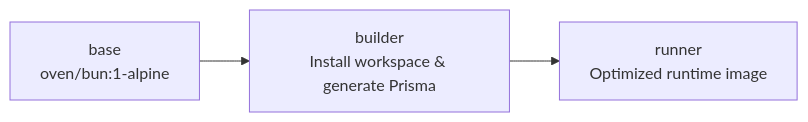
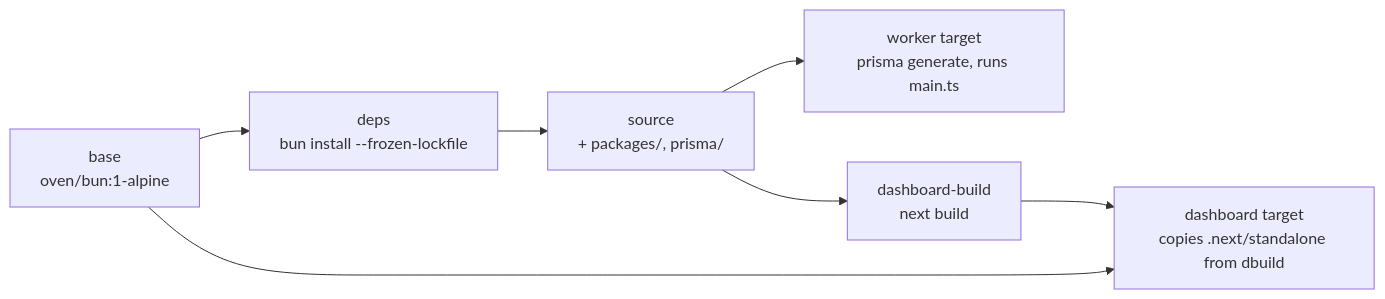
Before and after one commit to lumi-devs/Lumi: the second of 2 diagrams in deploy/docker/README.md, drawn with Mermaid. The commit also changed other lines of this file and 3 other files, not shown here.

````diff
--- a/deploy/docker/README.md
+++ b/deploy/docker/README.md
@@ -97,5 +98,9 @@
 ```mermaid
 graph LR
-    base[base<br/>oven/bun:1-alpine] --> builder[builder<br/>Install workspace & generate Prisma]
-    builder --> runner[runner<br/>Optimized runtime image]
+    base[base<br/>oven/bun:1-alpine] --> deps[deps<br/>bun install --frozen-lockfile]
+    deps --> source[source<br/>+ packages/, prisma/]
+    source --> worker[worker target<br/>prisma generate, runs main.ts]
+    source --> dbuild[dashboard-build<br/>next build]
+    base --> dashboard[dashboard target<br/>copies .next/standalone from dbuild]
+    dbuild --> dashboard
 ```
````
